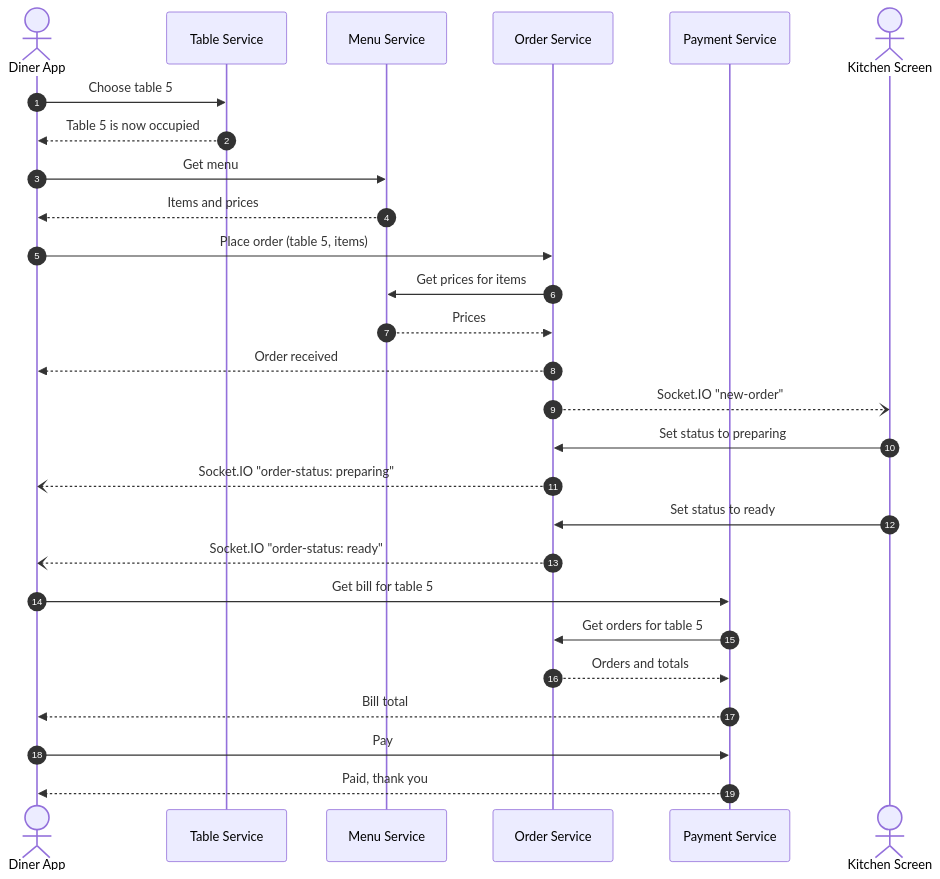
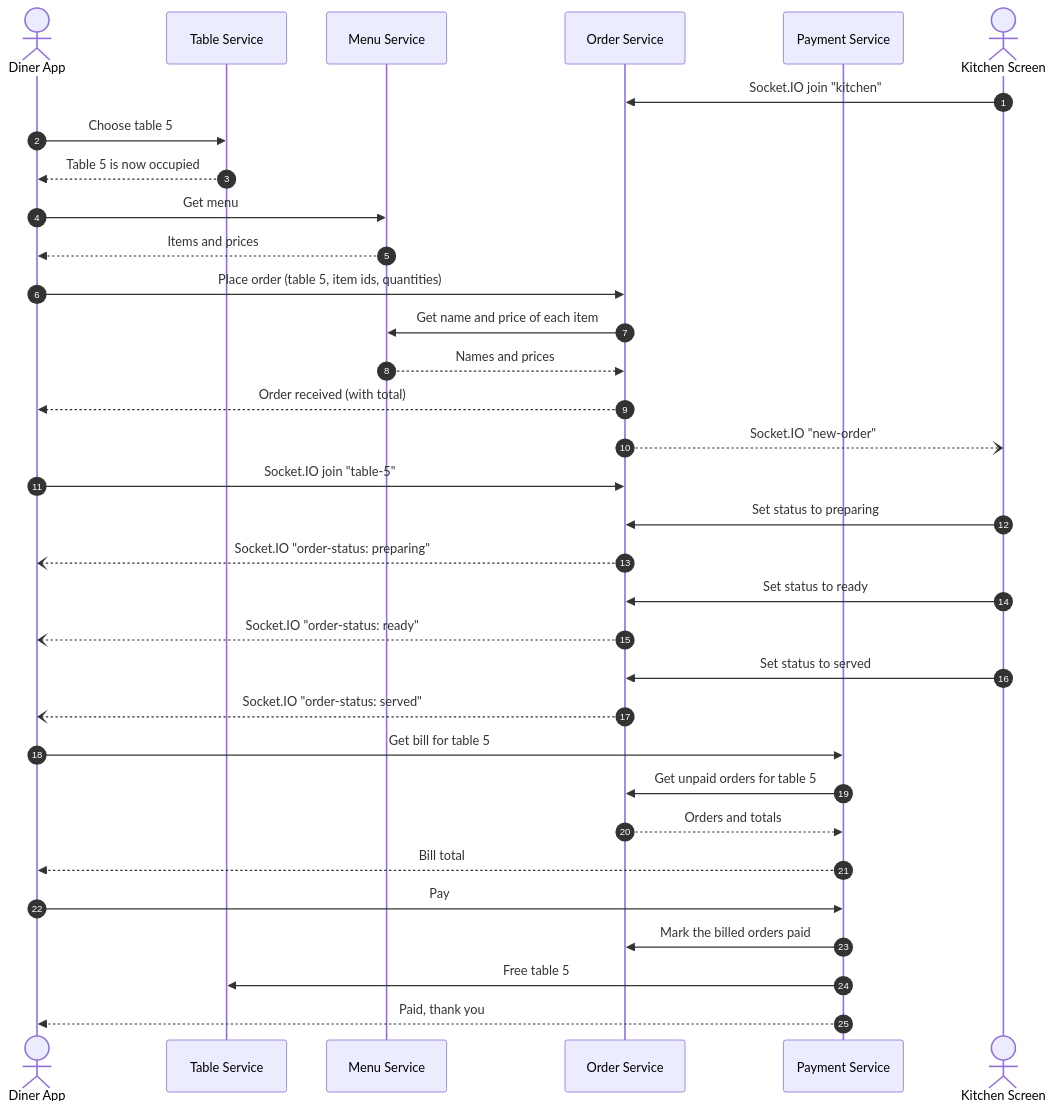
One commit to Olti1947/microservices-restaurant-app changed the diagram in docs/order-flow.md. Above: the diagram before and after it, drawn with Mermaid. The commit also changed other lines of this file and 2 other files, not shown here.

Commit message:
Complete README and update docs to match the code

````diff
--- a/docs/order-flow.md
+++ b/docs/order-flow.md
@@ -7,30 +7,36 @@
 ```mermaid
 sequenceDiagram
     autonumber
     actor Diner as Diner App
     participant Table as Table Service
     participant Menu as Menu Service
     participant Order as Order Service
     participant Payment as Payment Service
     actor Kitchen as Kitchen Screen
 
+    Kitchen->>Order: Socket.IO join "kitchen"
     Diner->>Table: Choose table 5
     Table-->>Diner: Table 5 is now occupied
     Diner->>Menu: Get menu
     Menu-->>Diner: Items and prices
-    Diner->>Order: Place order (table 5, items)
-    Order->>Menu: Get prices for items
-    Menu-->>Order: Prices
-    Order-->>Diner: Order received
+    Diner->>Order: Place order (table 5, item ids, quantities)
+    Order->>Menu: Get name and price of each item
+    Menu-->>Order: Names and prices
+    Order-->>Diner: Order received (with total)
     Order--)Kitchen: Socket.IO "new-order"
+    Diner->>Order: Socket.IO join "table-5"
     Kitchen->>Order: Set status to preparing
     Order--)Diner: Socket.IO "order-status: preparing"
     Kitchen->>Order: Set status to ready
     Order--)Diner: Socket.IO "order-status: ready"
+    Kitchen->>Order: Set status to served
+    Order--)Diner: Socket.IO "order-status: served"
     Diner->>Payment: Get bill for table 5
-    Payment->>Order: Get orders for table 5
+    Payment->>Order: Get unpaid orders for table 5
     Order-->>Payment: Orders and totals
     Payment-->>Diner: Bill total
     Diner->>Payment: Pay
+    Payment->>Order: Mark the billed orders paid
+    Payment->>Table: Free table 5
     Payment-->>Diner: Paid, thank you
 ```
````
